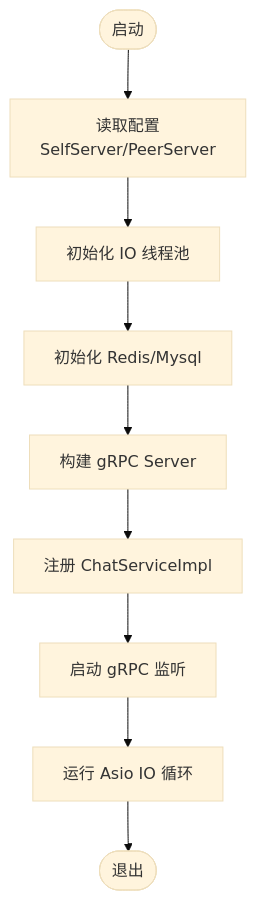
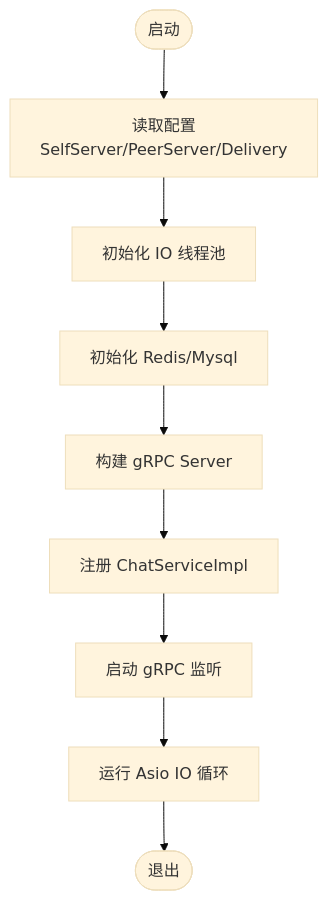
The seventh of 8 diagrams in .qoder/repowiki/zh/content/架构设计/微服务架构设计/服务间通信机制.md (echo9923/mychatter), drawn with Mermaid (base theme) before and after one commit. The commit also changed other lines of this file and 54 other files, not shown here.

````diff
--- a/.qoder/repowiki/zh/content/架构设计/微服务架构设计/服务间通信机制.md
+++ b/.qoder/repowiki/zh/content/架构设计/微服务架构设计/服务间通信机制.md
@@ -356,11 +389,11 @@
 ```mermaid
 flowchart TD
-Start(["启动"]) --> InitCfg["读取配置<br/>SelfServer/PeerServer"]
+Start(["启动"]) --> InitCfg["读取配置<br/>SelfServer/PeerServer/Delivery"]
 InitCfg --> InitIO["初始化 IO 线程池"]
 InitIO --> InitDB["初始化 Redis/Mysql"]
 InitDB --> BuildGRPC["构建 gRPC Server"]
 BuildGRPC --> RegisterSvc["注册 ChatServiceImpl"]
 RegisterSvc --> StartGRPC["启动 gRPC 监听"]
 StartGRPC --> RunIO["运行 Asio IO 循环"]
 RunIO --> Stop(["退出"])
 ```
````
